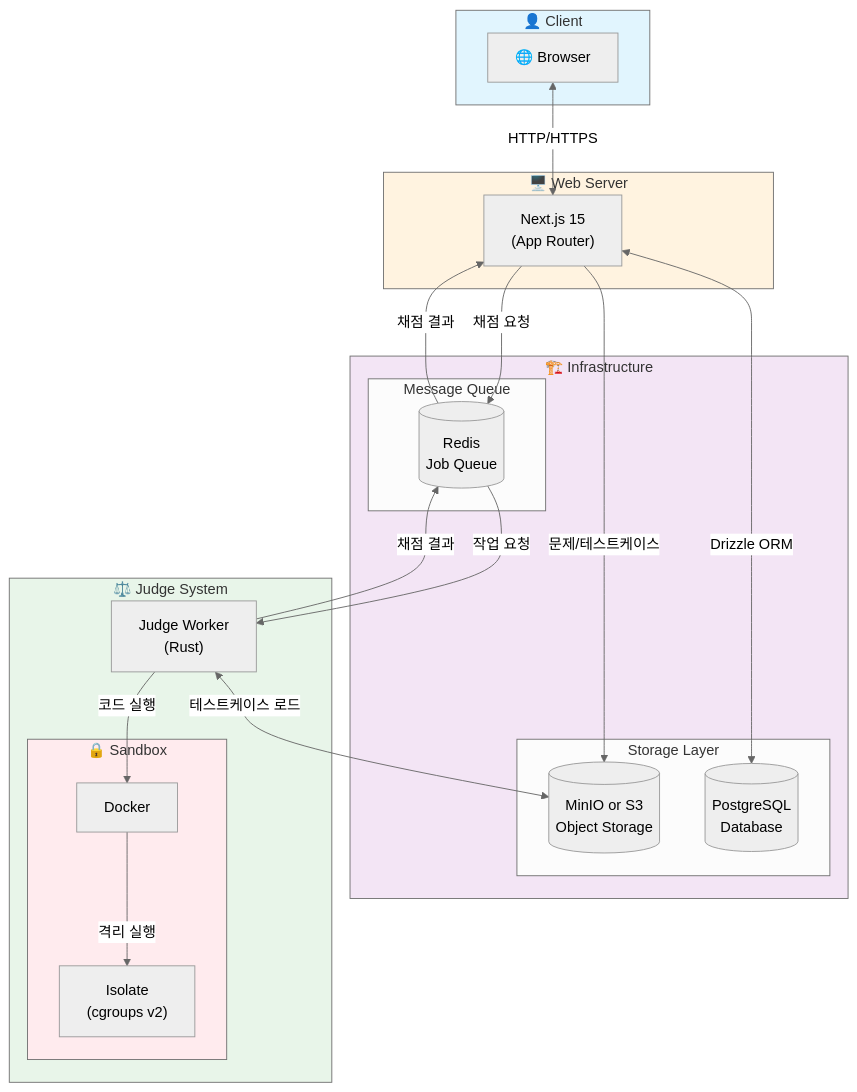
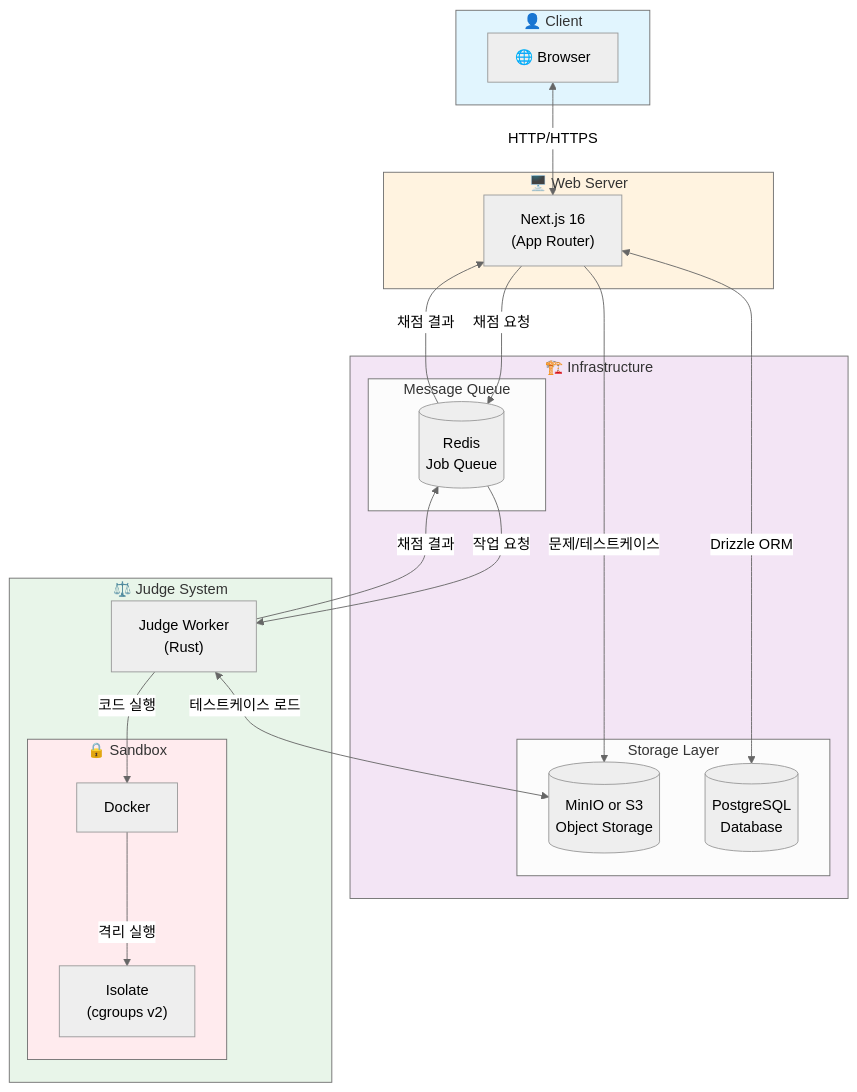
One commit to csh1668/ana-online-judge changed the diagram in README.md. Above: the diagram before and after it, drawn with Mermaid (neutral theme). The commit also changed other lines of this file, not shown here.

````diff
--- a/README.md
+++ b/README.md
@@ -11,47 +64,47 @@
 ```mermaid
 flowchart TB
     subgraph Client["👤 Client"]
         Browser["🌐 Browser"]
     end
 
     subgraph Web["🖥️ Web Server"]
-        NextJS["Next.js 15<br/>(App Router)"]
+        NextJS["Next.js 16<br/>(App Router)"]
     end
 
     subgraph Infrastructure["🏗️ Infrastructure"]
         subgraph Storage["Storage Layer"]
             PostgreSQL[(PostgreSQL<br/>Database)]
             MinIO[(MinIO or S3<br/>Object Storage)]
         end
         
         subgraph Queue["Message Queue"]
             Redis[(Redis<br/>Job Queue)]
         end
     end
 
     subgraph JudgeSystem["⚖️ Judge System"]
         JudgeWorker["Judge Worker<br/>(Rust)"]
         subgraph Sandbox["🔒 Sandbox"]
             Docker["Docker"]
             Isolate["Isolate<br/>(cgroups v2)"]
         end
     end
 
     Browser <-->|"HTTP/HTTPS"| NextJS
     NextJS <-->|"Drizzle ORM"| PostgreSQL
     NextJS -->|"문제/테스트케이스"| MinIO
     NextJS -->|"채점 요청"| Redis
     Redis -->|"채점 결과"| NextJS
     
     Redis -->|"작업 요청"| JudgeWorker
     JudgeWorker <-->|"테스트케이스 로드"| MinIO
     JudgeWorker -->|"채점 결과"| Redis
     JudgeWorker -->|"코드 실행"| Docker
     Docker -->|"격리 실행"| Isolate
 
     style Client fill:#e1f5fe
     style Web fill:#fff3e0
     style Infrastructure fill:#f3e5f5
     style JudgeSystem fill:#e8f5e9
     style Sandbox fill:#ffebee
 ```
````
